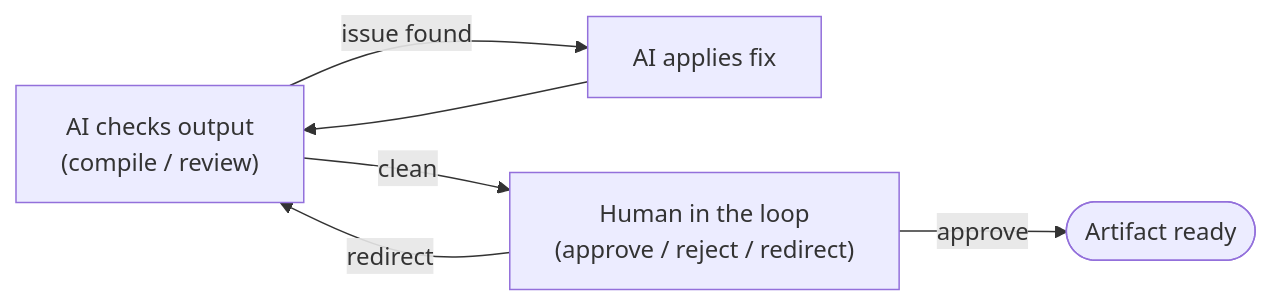
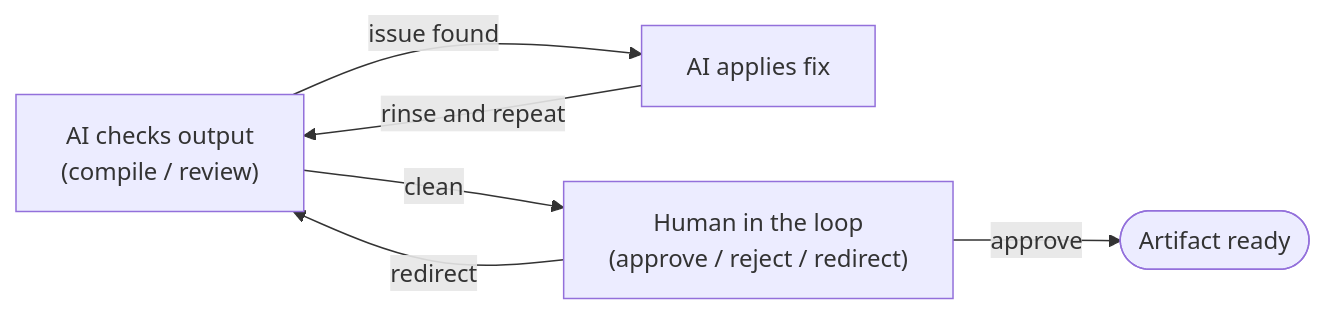
One commit to olivier-carrere/techwriterblog changed the third of 3 diagrams in src/content/blog/books-as-code-spoken-teachings-latex-ai.mdx. Above: the diagram before and after it, drawn with Mermaid.

Commit message:
edit(blog): label fix→check loop edge with "rinse and repeat"

````diff
--- a/src/content/blog/books-as-code-spoken-teachings-latex-ai.mdx
+++ b/src/content/blog/books-as-code-spoken-teachings-latex-ai.mdx
@@ -136,13 +136,13 @@
 ```mermaid
 flowchart LR
     check["AI checks output\n(compile / review)"]
     fix["AI applies fix"]
     human["Human in the loop\n(approve / reject / redirect)"]
     done(["Artifact ready"])
 
     check -->|issue found| fix
-    fix --> check
+    fix -->|rinse and repeat| check
     check -->|clean| human
     human -->|approve| done
     human -->|redirect| check
 ```
````
